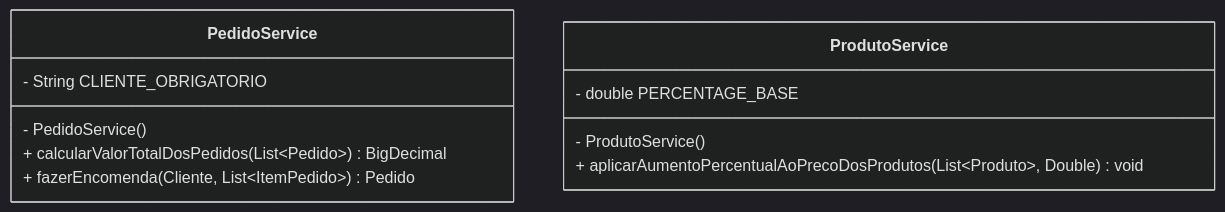
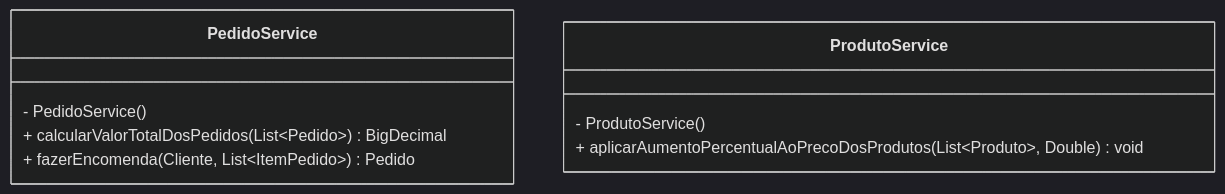
One commit to diegosneves/domain-driven-design changed the fourth of 9 diagrams in README.md. Above: the diagram before and after it, drawn with Mermaid (dark theme). The commit also changed other lines of this file, not shown here.

````diff
--- a/README.md
+++ b/README.md
@@ -205,17 +187,15 @@
 ```mermaid
 classDiagram
 direction BT
 class PedidoService {
   - PedidoService() 
-  - String CLIENTE_OBRIGATORIO
   + calcularValorTotalDosPedidos(List~Pedido~) BigDecimal
   + fazerEncomenda(Cliente, List~ItemPedido~) Pedido
 }
 class ProdutoService {
   - ProdutoService() 
-  - double PERCENTAGE_BASE
   + aplicarAumentoPercentualAoPrecoDosProdutos(List~Produto~, Double) void
 }
 
 
 ```
````
